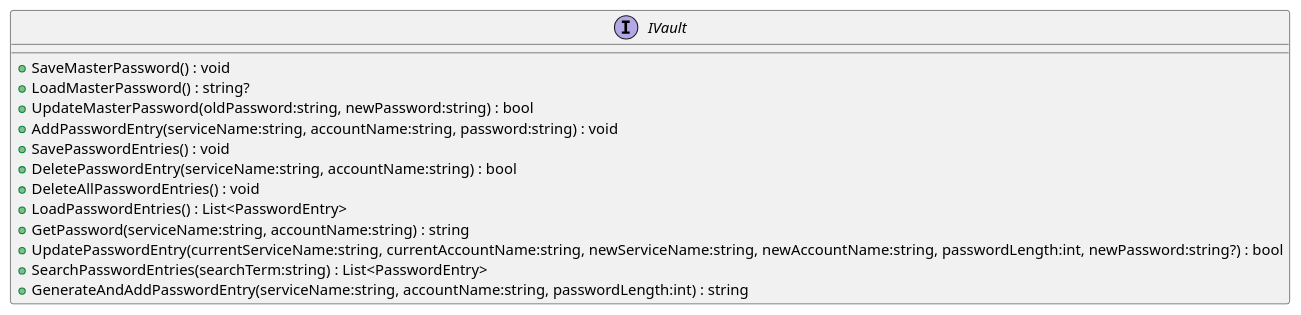
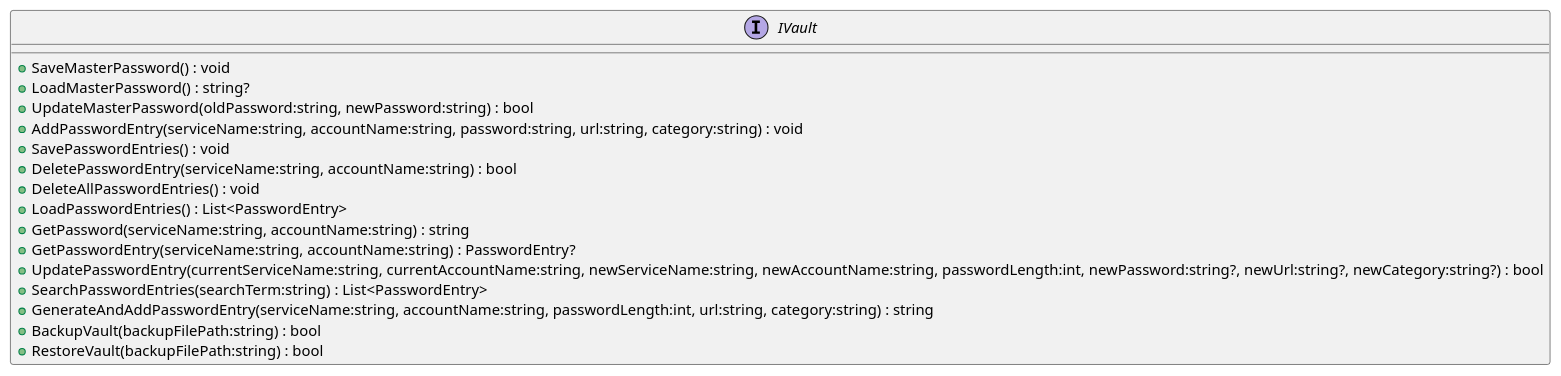
The diagram in uml/src/KeyVaultCli.Domain/Common/Interfaces/IVault.puml (BeierKevin/KeyVaultCLI), drawn with PlantUML before and after one commit. The commit also changed 9 other files, not shown here.

```diff
--- a/uml/src/KeyVaultCli.Domain/Common/Interfaces/IVault.puml
+++ b/uml/src/KeyVaultCli.Domain/Common/Interfaces/IVault.puml
@@ -1,16 +1,19 @@
 @startuml
 interface IVault {
     + SaveMasterPassword() : void
     + LoadMasterPassword() : string?
     + UpdateMasterPassword(oldPassword:string, newPassword:string) : bool
-    + AddPasswordEntry(serviceName:string, accountName:string, password:string) : void
+    + AddPasswordEntry(serviceName:string, accountName:string, password:string, url:string, category:string) : void
     + SavePasswordEntries() : void
     + DeletePasswordEntry(serviceName:string, accountName:string) : bool
     + DeleteAllPasswordEntries() : void
     + LoadPasswordEntries() : List<PasswordEntry>
     + GetPassword(serviceName:string, accountName:string) : string
-    + UpdatePasswordEntry(currentServiceName:string, currentAccountName:string, newServiceName:string, newAccountName:string, passwordLength:int, newPassword:string?) : bool
+    + GetPasswordEntry(serviceName:string, accountName:string) : PasswordEntry?
+    + UpdatePasswordEntry(currentServiceName:string, currentAccountName:string, newServiceName:string, newAccountName:string, passwordLength:int, newPassword:string?, newUrl:string?, newCategory:string?) : bool
     + SearchPasswordEntries(searchTerm:string) : List<PasswordEntry>
-    + GenerateAndAddPasswordEntry(serviceName:string, accountName:string, passwordLength:int) : string
+    + GenerateAndAddPasswordEntry(serviceName:string, accountName:string, passwordLength:int, url:string, category:string) : string
+    + BackupVault(backupFilePath:string) : bool
+    + RestoreVault(backupFilePath:string) : bool
 }
 @enduml
```
